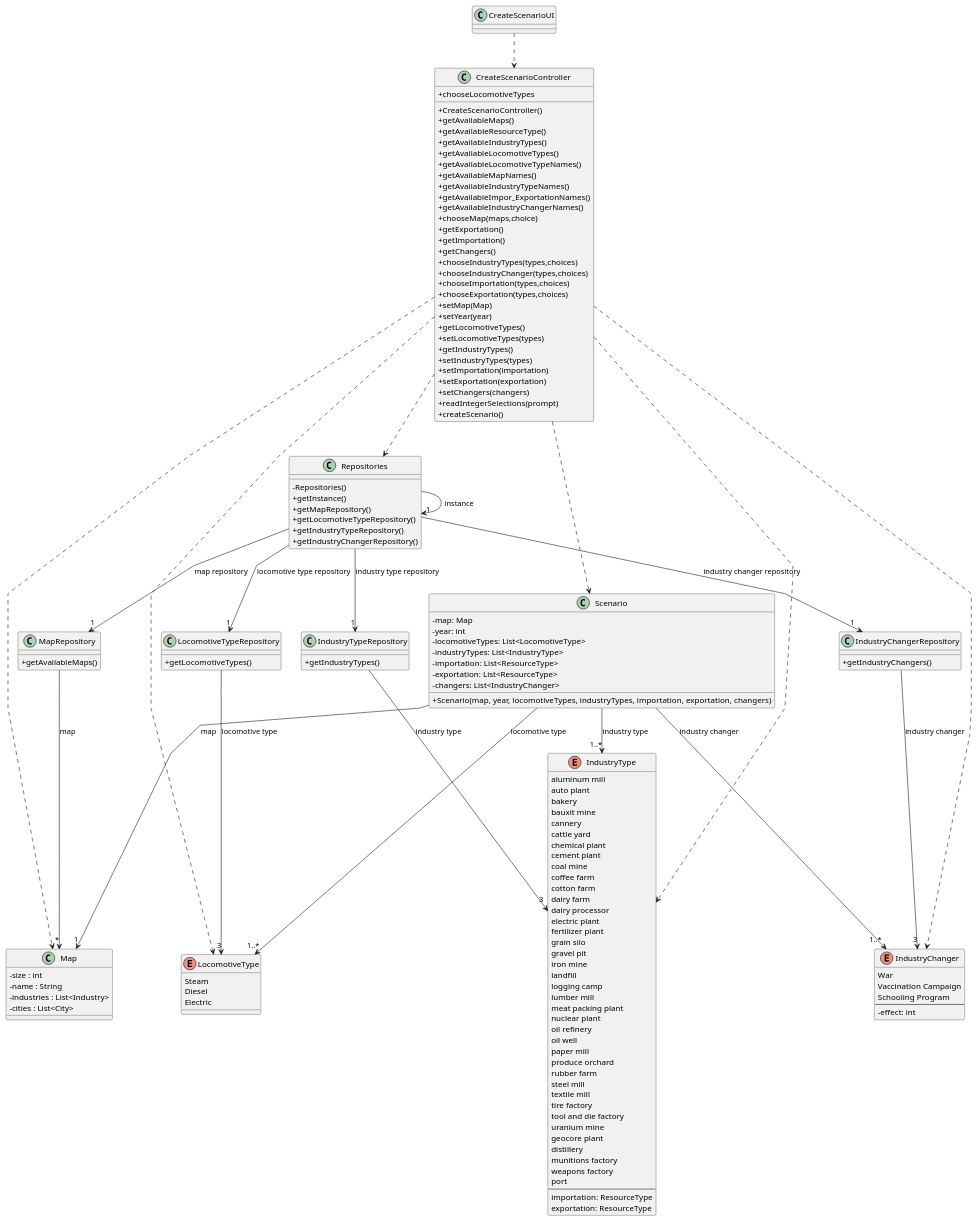
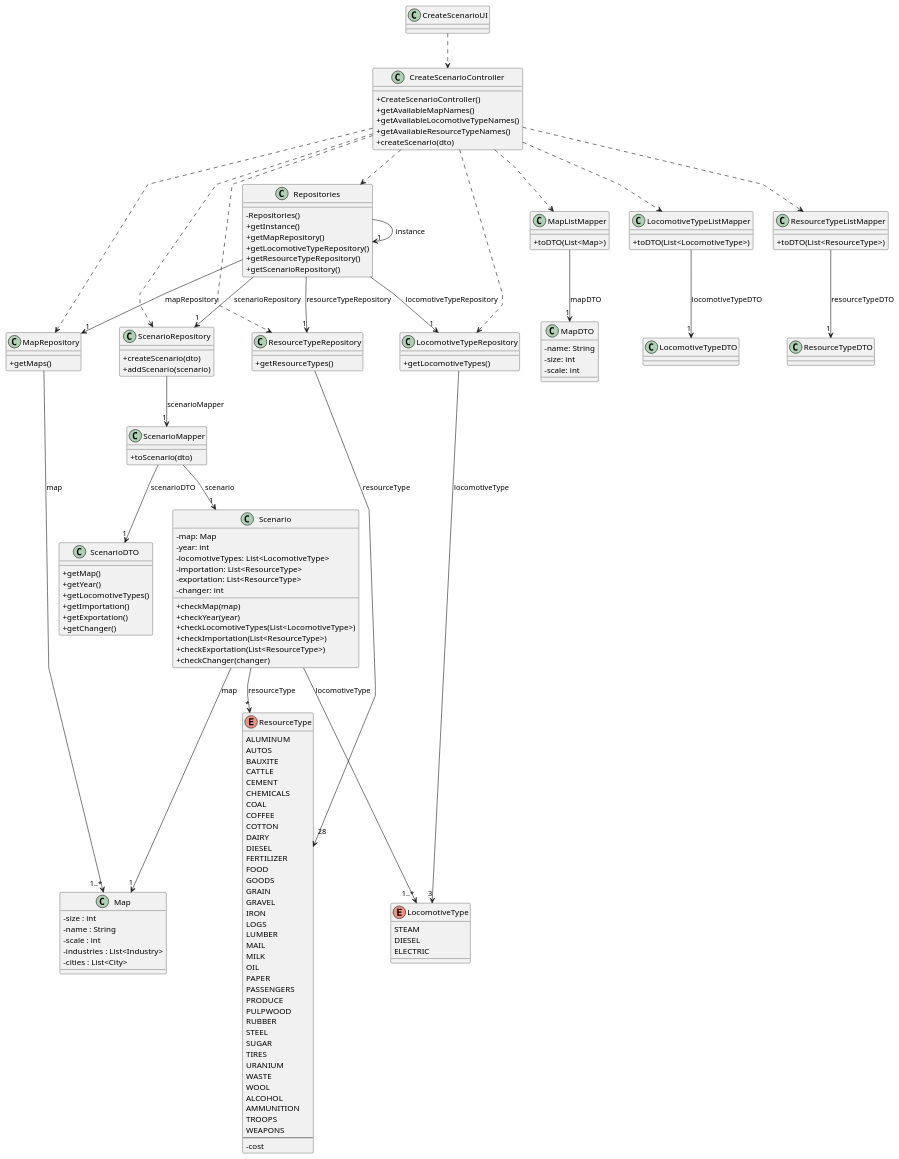
The diagram in docsFinais/US004/03.design/puml/US004-CD.puml (1240935/pi2-railway-simulator), drawn with PlantUML before and after one commit. The commit also changed 106 other files, not shown here.

```diff
--- a/docsFinais/US004/03.design/puml/US004-CD.puml
+++ b/docsFinais/US004/03.design/puml/US004-CD.puml
@@ -1,178 +1,179 @@
-    @startuml
-    'skinparam monochrome true
-    skinparam packageStyle rectangle
-    skinparam shadowing false
-    skinparam linetype polyline
-    'skinparam linetype orto
+@startuml
+'skinparam monochrome true
+skinparam packageStyle rectangle
+skinparam shadowing false
+skinparam linetype polyline
+'skinparam linetype orto
 
-    skinparam classAttributeIconSize 0
+skinparam classAttributeIconSize 0
 
-    'left to right direction
+'left to right direction
 
-    class CreateScenarioUI{
-    }
-
+    class CreateScenarioUI
     class CreateScenarioController {
         +CreateScenarioController()
-        +getAvailableMaps()
-        +getAvailableResourceType()
-        +getAvailableIndustryTypes()
-        +getAvailableLocomotiveTypes()
+        +getAvailableMapNames()
         +getAvailableLocomotiveTypeNames()
-        +getAvailableMapNames()
-        +getAvailableIndustryTypeNames()
-        +getAvailableImpor_ExportationNames()
-        +getAvailableIndustryChangerNames()
-        +chooseMap(maps,choice)
-        +chooseLocomotiveTypes
-        +getExportation()
-        +getImportation()
-        +getChangers()
-        +chooseIndustryTypes(types,choices)
-        +chooseIndustryChanger(types,choices)
-        +chooseImportation(types,choices)
-        +chooseExportation(types,choices)
-        +setMap(Map)
-        +setYear(year)
-        +getLocomotiveTypes()
-        +setLocomotiveTypes(types)
-        +getIndustryTypes()
-        +setIndustryTypes(types)
-        +setImportation(importation)
-        +setExportation(exportation)
-        +setChangers(changers)
-        +readIntegerSelections(prompt)
-        +createScenario()
-
+        +getAvailableResourceTypeNames()
+        +createScenario(dto)
     }
 
     class Repositories {
-            -Repositories()
-            +getInstance()
-            +getMapRepository()
-            +getLocomotiveTypeRepository()
-            +getIndustryTypeRepository()
-            +getIndustryChangerRepository()
+        -Repositories()
+        +getInstance()
+        + getMapRepository()
+        + getLocomotiveTypeRepository()
+        + getResourceTypeRepository()
+        + getScenarioRepository()
     }
 
     class MapRepository {
-            +getAvailableMaps()
-        }
-
+        + getMaps()
+    }
     class LocomotiveTypeRepository {
-          +getLocomotiveTypes()
+        + getLocomotiveTypes()
+    }
+    class ResourceTypeRepository {
+        + getResourceTypes()
+    }
+    class ScenarioRepository {
+        + createScenario(dto)
+        + addScenario(scenario)
     }
 
-    class IndustryTypeRepository {
-          +getIndustryTypes()
+    class Map {
+        - size : int
+            - name : String
+            - scale : int
+            - industries : List<Industry>
+            - cities : List<City>
+    }
+    enum LocomotiveType {
+        STEAM
+        DIESEL
+        ELECTRIC
+    }
+    enum ResourceType {
+        ALUMINUM
+        AUTOS
+        BAUXITE
+        CATTLE
+        CEMENT
+        CHEMICALS
+        COAL
+        COFFEE
+        COTTON
+        DAIRY
+        DIESEL
+        FERTILIZER
+        FOOD
+        GOODS
+        GRAIN
+        GRAVEL
+        IRON
+        LOGS
+        LUMBER
+        MAIL
+        MILK
+        OIL
+        PAPER
+        PASSENGERS
+        PRODUCE
+        PULPWOOD
+        RUBBER
+        STEEL
+        SUGAR
+        TIRES
+        URANIUM
+        WASTE
+        WOOL
+        ALCOHOL
+        AMMUNITION
+        TROOPS
+        WEAPONS
+        --
+        -cost
+    }
+    class Scenario {
+        - map: Map
+        - year: int
+        - locomotiveTypes: List<LocomotiveType>
+        - importation: List<ResourceType>
+        - exportation: List<ResourceType>
+        - changer: int
+        + checkMap(map)
+        + checkYear(year)
+        + checkLocomotiveTypes(List<LocomotiveType>)
+        + checkImportation(List<ResourceType>)
+        + checkExportation(List<ResourceType>)
+        + checkChanger(changer)
     }
 
-    class IndustryChangerRepository {
-          +getIndustryChangers()
+    class ScenarioDTO {
+        + getMap()
+        + getYear()
+        + getLocomotiveTypes()
+        + getImportation()
+        + getExportation()
+        + getChanger()
     }
+    class MapDTO {
+        - name: String
+        - size: int
+        - scale: int
+    }
+    class LocomotiveTypeDTO
 
-     class Scenario {
-       -map: Map
-       -year: int
-       -locomotiveTypes: List<LocomotiveType>
-       -industryTypes: List<IndustryType>
-       -importation: List<ResourceType>
-       -exportation: List<ResourceType>
-       -changers: List<IndustryChanger>
-       +Scenario(map, year, locomotiveTypes, industryTypes, importation, exportation, changers)
-     }
+    class ResourceTypeDTO
 
-        class Map{
-        - size : int
-        - name : String
-        - industries : List<Industry>
-        - cities : List<City>
-        }
-
-        enum LocomotiveType{
-            Steam
-            Diesel
-            Electric
-        }
-
-        enum IndustryType{
-            aluminum mill
-                auto plant
-                bakery
-                bauxit mine
-                cannery
-                cattle yard
-                chemical plant
-                cement plant
-                coal mine
-                coffee farm
-                cotton farm
-                dairy farm
-                dairy processor
-                electric plant
-                fertilizer plant
-                grain silo
-                gravel pit
-                iron mine
-                landfill
-                logging camp
-                lumber mill
-                meat packing plant
-                nuclear plant
-                oil refinery
-                oil well
-                paper mill
-                produce orchard
-                rubber farm
-                steel mill
-                textile mill
-                tire factory
-                tool and die factory
-                uranium mine
-                geocore plant
-                distillery
-                munitions factory
-                weapons factory
-                port
-            --
-            importation: ResourceType
-            exportation: ResourceType
-        }
-     
-        enum IndustryChanger{
-            War
-            Vaccination Campaign
-            Schooling Program
-            --
-            -effect: int
-        }
+    class MapListMapper {
+        + toDTO(List<Map>)
+    }
+    class LocomotiveTypeListMapper {
+        + toDTO(List<LocomotiveType>)
+    }
+    class ResourceTypeListMapper {
+        + toDTO(List<ResourceType>)
+    }
+    class ScenarioMapper {
+        + toScenario(dto)
+    }
 
 
     CreateScenarioUI ..> CreateScenarioController
 
-    CreateScenarioController ..> Scenario
     CreateScenarioController ..> Repositories
 
     Repositories -> "1" Repositories : instance
-    Repositories --> "1" MapRepository: map repository
-    Repositories --> "1" LocomotiveTypeRepository : locomotive type repository
-    Repositories --> "1" IndustryTypeRepository : industry type repository
-    Repositories --> "1" IndustryChangerRepository : industry changer repository
+    Repositories --> "1" MapRepository: mapRepository
+    Repositories --> "1" LocomotiveTypeRepository: locomotiveTypeRepository
+    Repositories --> "1" ResourceTypeRepository: resourceTypeRepository
+    Repositories --> "1" ScenarioRepository: scenarioRepository
 
-    MapRepository --> "*" Map : map
-    LocomotiveTypeRepository --> "3" LocomotiveType : locomotive type
-    IndustryTypeRepository --> "3" IndustryType : industry type
-    IndustryChangerRepository --> "3" IndustryChanger : industry changer
+    CreateScenarioController ..> MapListMapper
+    CreateScenarioController ..> LocomotiveTypeListMapper
+    CreateScenarioController ..> ResourceTypeListMapper
+    CreateScenarioController ..> ScenarioRepository
+    CreateScenarioController ..> MapRepository
+    CreateScenarioController ..> ResourceTypeRepository
+    CreateScenarioController ..> LocomotiveTypeRepository
 
-    Scenario --> "1" Map : map
-    Scenario --> "1..*" LocomotiveType: locomotive type
-    Scenario --> "1..*" IndustryChanger : industry changer
-    Scenario --> "1..*" IndustryType: industry type
+    ScenarioRepository --> "1" ScenarioMapper: scenarioMapper
 
-    CreateScenarioController ..> Map
-    CreateScenarioController ..> LocomotiveType
-    CreateScenarioController ..> IndustryType
-    CreateScenarioController ..> IndustryChanger
+    MapRepository --> "1..*" Map: map
+    LocomotiveTypeRepository --> "3" LocomotiveType: locomotiveType
+    ResourceTypeRepository --> "28" ResourceType: resourceType
+
+    ScenarioMapper --> "1" Scenario: scenario
+    ScenarioMapper --> "1" ScenarioDTO: scenarioDTO
 
 
+    Scenario --> "1" Map: map
+    Scenario --> "1..*" LocomotiveType: locomotiveType
+    Scenario --> "*" ResourceType: resourceType
+
+    MapListMapper --> "1" MapDTO: mapDTO
+    LocomotiveTypeListMapper --> "1" LocomotiveTypeDTO: locomotiveTypeDTO
+    ResourceTypeListMapper --> "1" ResourceTypeDTO: resourceTypeDTO
+
     @enduml
```
